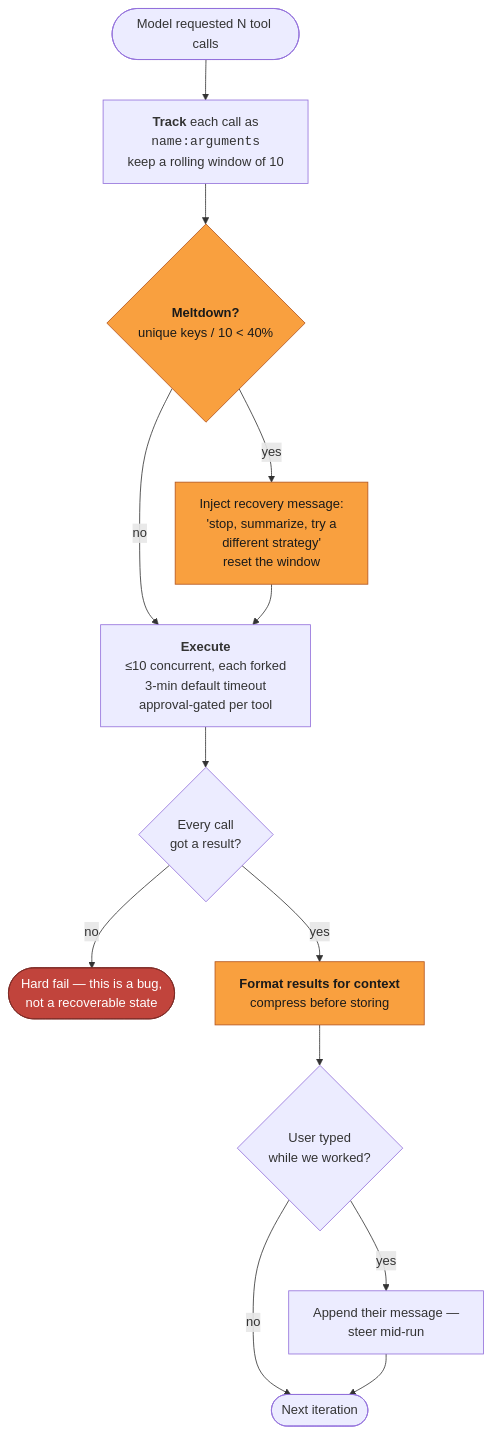
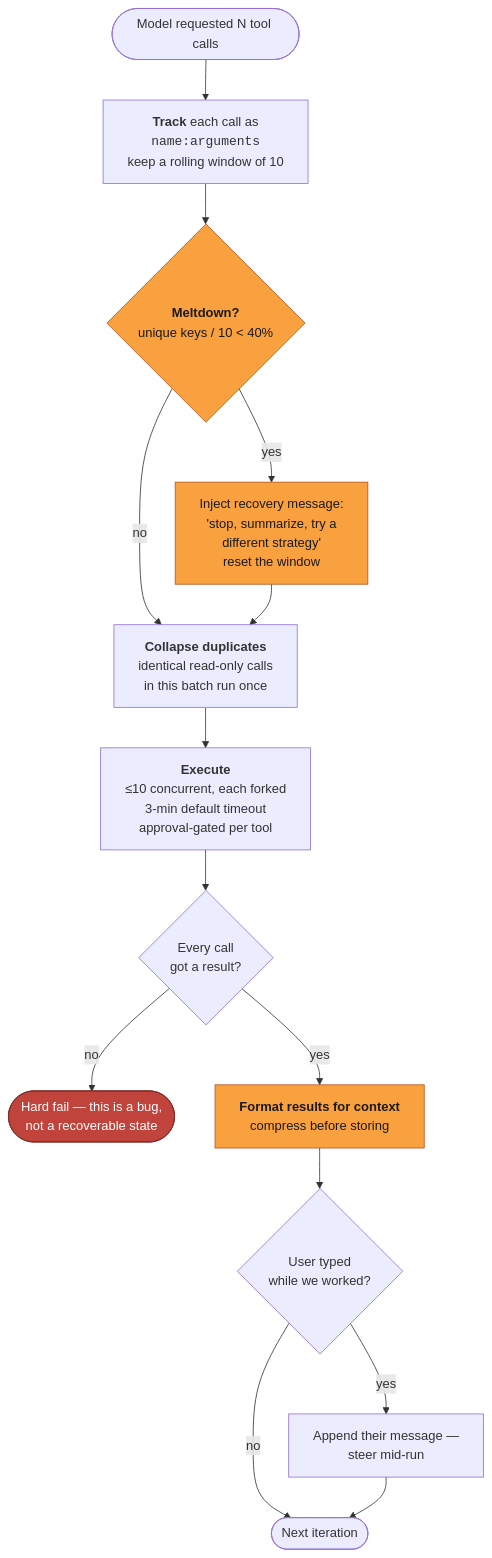
One commit to lvndry/jazz changed the second of 4 diagrams in docs/internals/agent-loop.md. Above: the diagram before and after it, drawn with Mermaid. The commit also changed other lines of this file and 2 other files, not shown here.

First line of the commit message:
perf(agent): collapse duplicate read-only tool calls within one batch

````diff
--- a/docs/internals/agent-loop.md
+++ b/docs/internals/agent-loop.md
@@ -55,24 +55,27 @@
 ```mermaid
 flowchart TD
     IN(["Model requested N tool calls"]) --> TRACK["<b>Track</b> each call as<br/><code>name:arguments</code><br/>keep a rolling window of 10"]
 
     TRACK --> MELT{"<b>Meltdown?</b><br/>unique keys / 10 &lt; 40%"}
     MELT -->|yes| INJECT["Inject recovery message:<br/>'stop, summarize, try a<br/>different strategy'<br/>reset the window"]
-    MELT -->|no| EXEC
-    INJECT --> EXEC
+    MELT -->|no| DEDUPE
+    INJECT --> DEDUPE
+
+    DEDUPE["<b>Collapse duplicates</b><br/>identical read-only calls<br/>in this batch run once"]
+    DEDUPE --> EXEC
 
     EXEC["<b>Execute</b><br/>≤10 concurrent, each forked<br/>3-min default timeout<br/>approval-gated per tool"]
     EXEC --> VALIDATE{"Every call<br/>got a result?"}
     VALIDATE -->|no| FAIL(["Hard fail — this is a bug,<br/>not a recoverable state"])
     VALIDATE -->|yes| FORMAT["<b>Format results for context</b><br/>compress before storing"]
 
     FORMAT --> QUEUE{"User typed<br/>while we worked?"}
     QUEUE -->|yes| PUSH["Append their message —<br/>steer mid-run"]
     QUEUE -->|no| OUT
     PUSH --> OUT(["Next iteration"])
 
     classDef guard fill:#f9a03f,stroke:#b3541e,color:#1a1a1a
     classDef bad fill:#c1443c,stroke:#7d2b26,color:#ffffff
     class MELT,INJECT,FORMAT guard
     class FAIL bad
 ```
````
